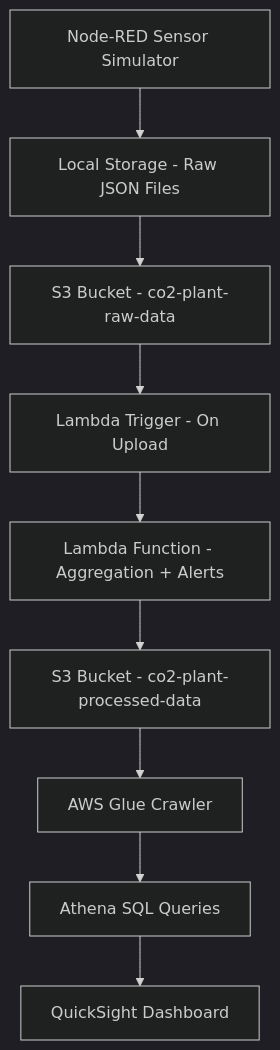
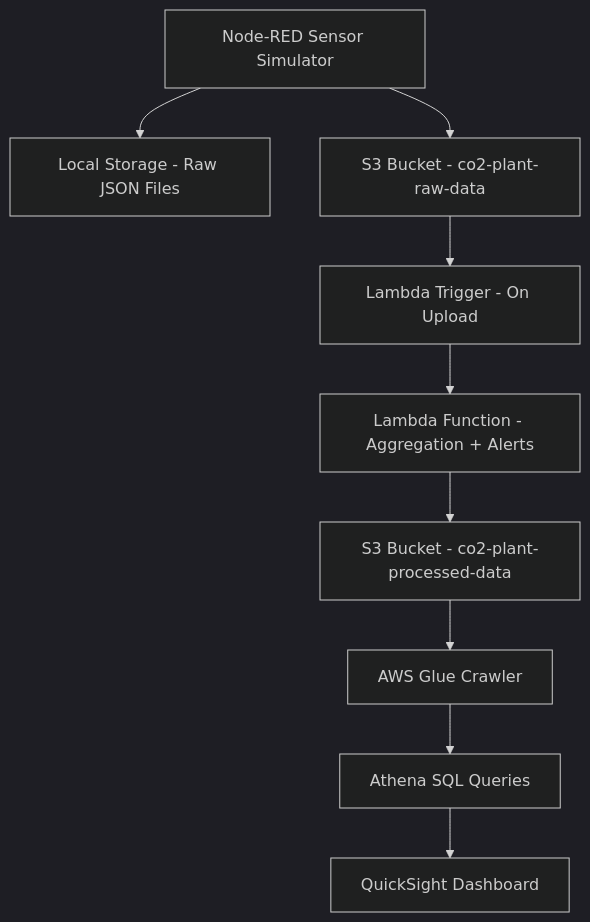
The diagram in README.md (Vijay9397/GCT-Case-Study), drawn with Mermaid (dark theme) before and after one commit.

Commit message:
updated readme file

````diff
--- a/README.md
+++ b/README.md
@@ -144,11 +144,12 @@
 ```mermaid
 graph TD
-  A[Node-RED Sensor Simulator] --> B[Local Storage - Raw JSON Files]
-  B --> C[S3 Bucket - co2-plant-raw-data]
+  A[Node-RED Sensor Simulator]
+  A --> B[Local Storage - Raw JSON Files]
+  A --> C[S3 Bucket - co2-plant-raw-data]
   C --> D[Lambda Trigger - On Upload]
   D --> E[Lambda Function - Aggregation + Alerts]
   E --> F[S3 Bucket - co2-plant-processed-data]
   F --> G[AWS Glue Crawler]
   G --> H[Athena SQL Queries]
   H --> I[QuickSight Dashboard]
 ```
````
